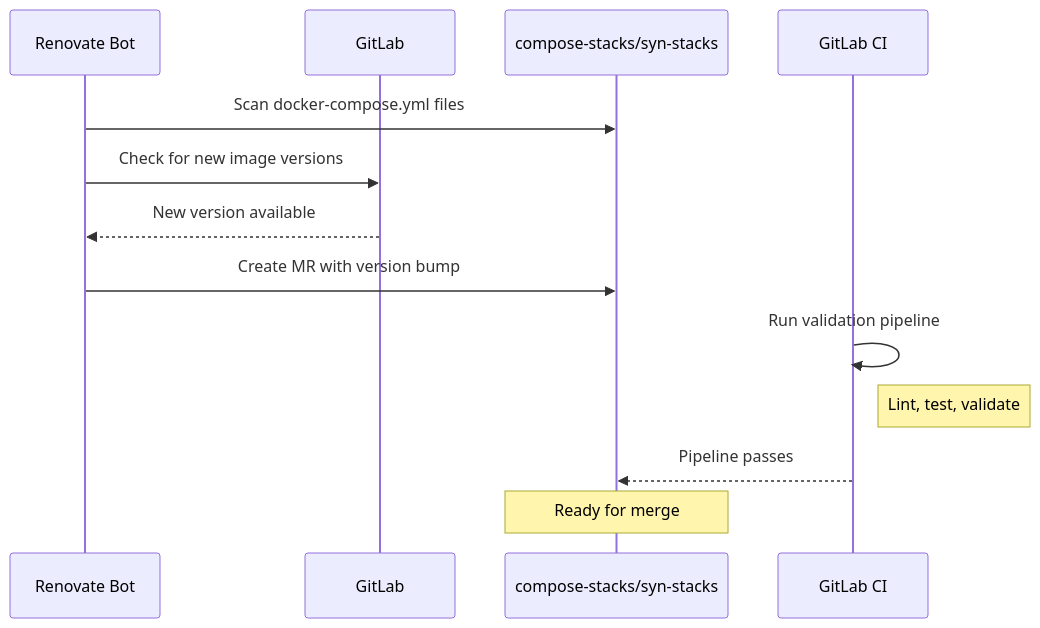
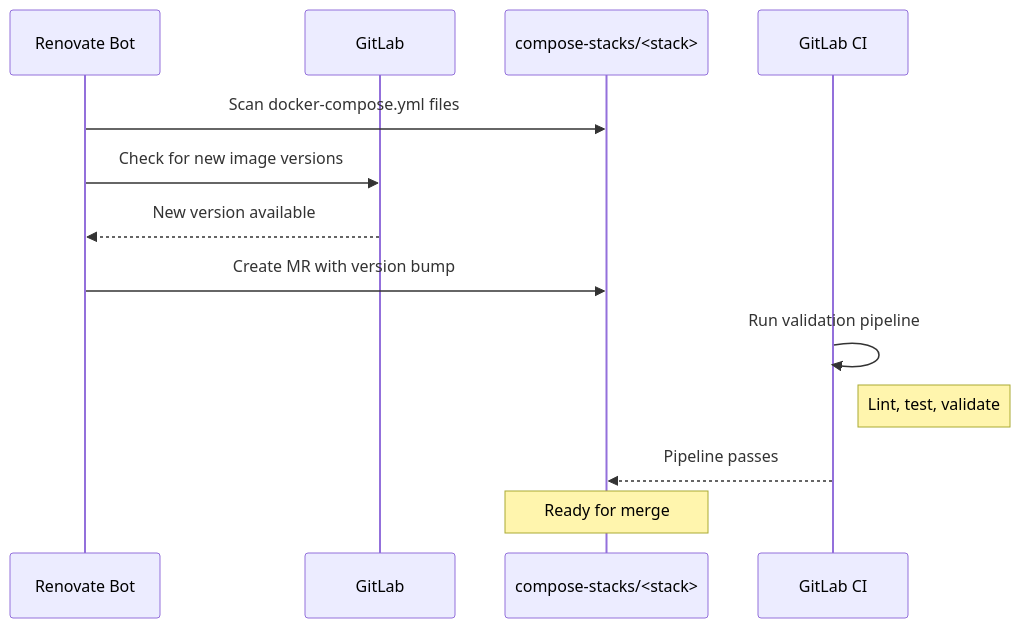
Before and after one commit to johnstetter/homelab-docs: the diagram in docs/stacks/renovate.md, drawn with Mermaid. The commit also changed other lines of this file and 5 other files, not shown here.

````diff
--- a/docs/stacks/renovate.md
+++ b/docs/stacks/renovate.md
@@ -7,16 +7,16 @@
 ```mermaid
 sequenceDiagram
     participant R as Renovate Bot
     participant GL as GitLab
-    participant Repo as compose-stacks/syn-stacks
+    participant Repo as compose-stacks/<stack>
     participant CI as GitLab CI
 
     R->>Repo: Scan docker-compose.yml files
     R->>GL: Check for new image versions
     GL-->>R: New version available
     R->>Repo: Create MR with version bump
     CI->>CI: Run validation pipeline
     Note right of CI: Lint, test, validate
     CI-->>Repo: Pipeline passes
     Note over Repo: Ready for merge
 ```
````
